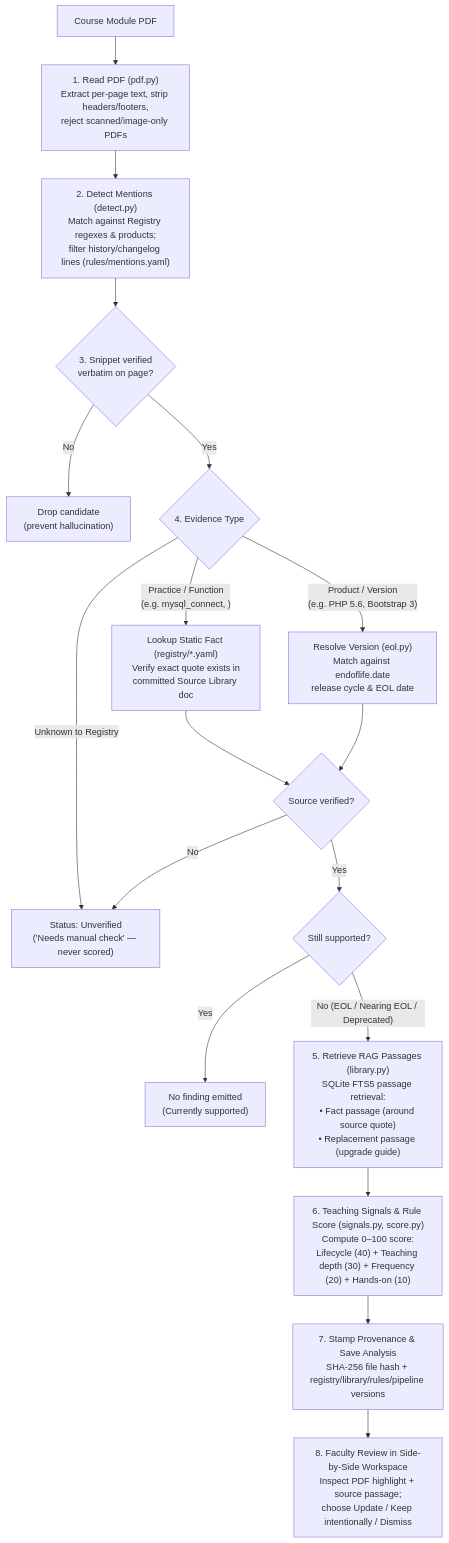
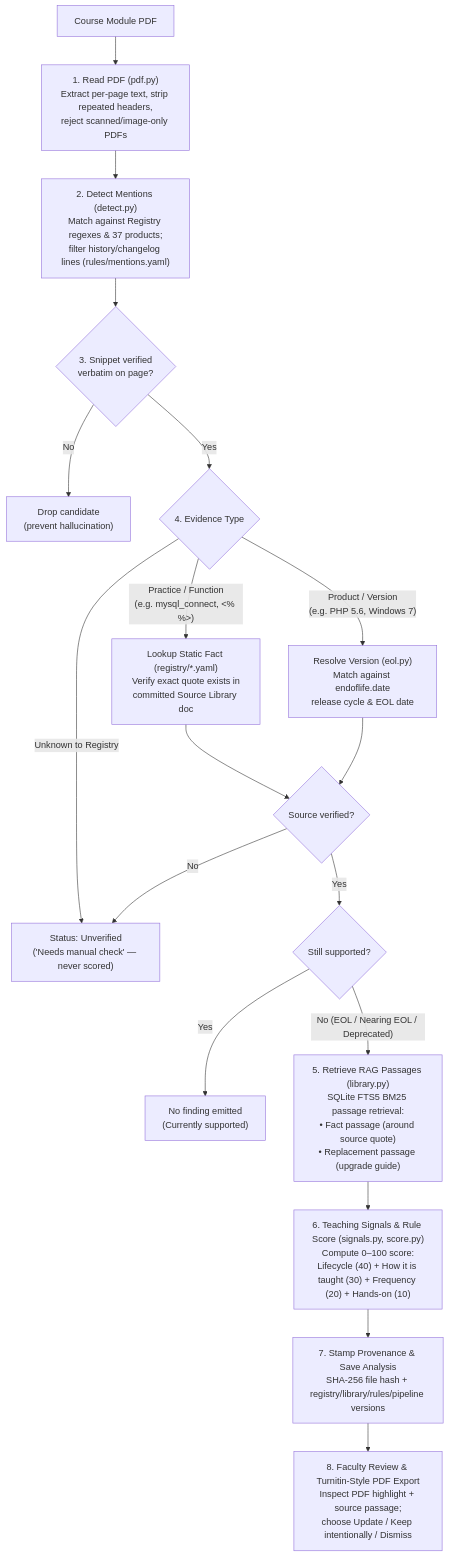
Before and after one commit to educ-jkescritor/GroundEd: the second of 4 diagrams in docs/architecture.md, drawn with Mermaid. The commit also changed other lines of this file and 7 other files, not shown here.

First line of the commit message:
docs: refresh README, architecture, API examples and user flows

````diff
--- a/docs/architecture.md
+++ b/docs/architecture.md
@@ -41,23 +41,23 @@
 ```mermaid
 flowchart TD
-    A["Course Module PDF"] --> B["1. Read PDF (pdf.py)<br/>Extract per-page text, strip headers/footers,<br/>reject scanned/image-only PDFs"]
-    B --> C["2. Detect Mentions (detect.py)<br/>Match against Registry regexes & products;<br/>filter history/changelog lines (rules/mentions.yaml)"]
+    A["Course Module PDF"] --> B["1. Read PDF (pdf.py)<br/>Extract per-page text, strip repeated headers,<br/>reject scanned/image-only PDFs"]
+    B --> C["2. Detect Mentions (detect.py)<br/>Match against Registry regexes & 37 products;<br/>filter history/changelog lines (rules/mentions.yaml)"]
     C --> D{"3. Snippet verified<br/>verbatim on page?"}
     D -- No --> X["Drop candidate<br/>(prevent hallucination)"]
     D -- Yes --> E{"4. Evidence Type"}
 
-    E -- "Practice / Function<br/>(e.g. mysql_connect, <font>)" --> F1["Lookup Static Fact (registry/*.yaml)<br/>Verify exact quote exists in<br/>committed Source Library doc"]
-    E -- "Product / Version<br/>(e.g. PHP 5.6, Bootstrap 3)" --> F2["Resolve Version (eol.py)<br/>Match against endoflife.date<br/>release cycle & EOL date"]
+    E -- "Practice / Function<br/>(e.g. mysql_connect, <% %>)" --> F1["Lookup Static Fact (registry/*.yaml)<br/>Verify exact quote exists in<br/>committed Source Library doc"]
+    E -- "Product / Version<br/>(e.g. PHP 5.6, Windows 7)" --> F2["Resolve Version (eol.py)<br/>Match against endoflife.date<br/>release cycle & EOL date"]
     E -- "Unknown to Registry" --> U["Status: Unverified<br/>('Needs manual check' — never scored)"]
 
     F1 --> G{"Source verified?"}
     F2 --> G
     G -- No --> U
     G -- Yes --> H{"Still supported?"}
     H -- Yes --> Sup["No finding emitted<br/>(Currently supported)"]
-    H -- "No (EOL / Nearing EOL / Deprecated)" --> I["5. Retrieve RAG Passages (library.py)<br/>SQLite FTS5 passage retrieval:<br/>• Fact passage (around source quote)<br/>• Replacement passage (upgrade guide)"]
+    H -- "No (EOL / Nearing EOL / Deprecated)" --> I["5. Retrieve RAG Passages (library.py)<br/>SQLite FTS5 BM25 passage retrieval:<br/>• Fact passage (around source quote)<br/>• Replacement passage (upgrade guide)"]
 
-    I --> J["6. Teaching Signals & Rule Score (signals.py, score.py)<br/>Compute 0–100 score:<br/>Lifecycle (40) + Teaching depth (30) + Frequency (20) + Hands-on (10)"]
+    I --> J["6. Teaching Signals & Rule Score (signals.py, score.py)<br/>Compute 0–100 score:<br/>Lifecycle (40) + How it is taught (30) + Frequency (20) + Hands-on (10)"]
     J --> K["7. Stamp Provenance & Save Analysis<br/>SHA-256 file hash + registry/library/rules/pipeline versions"]
-    K --> L["8. Faculty Review in Side-by-Side Workspace<br/>Inspect PDF highlight + source passage;<br/>choose Update / Keep intentionally / Dismiss"]
+    K --> L["8. Faculty Review & Turnitin-Style PDF Export<br/>Inspect PDF highlight + source passage;<br/>choose Update / Keep intentionally / Dismiss"]
 ```
````
